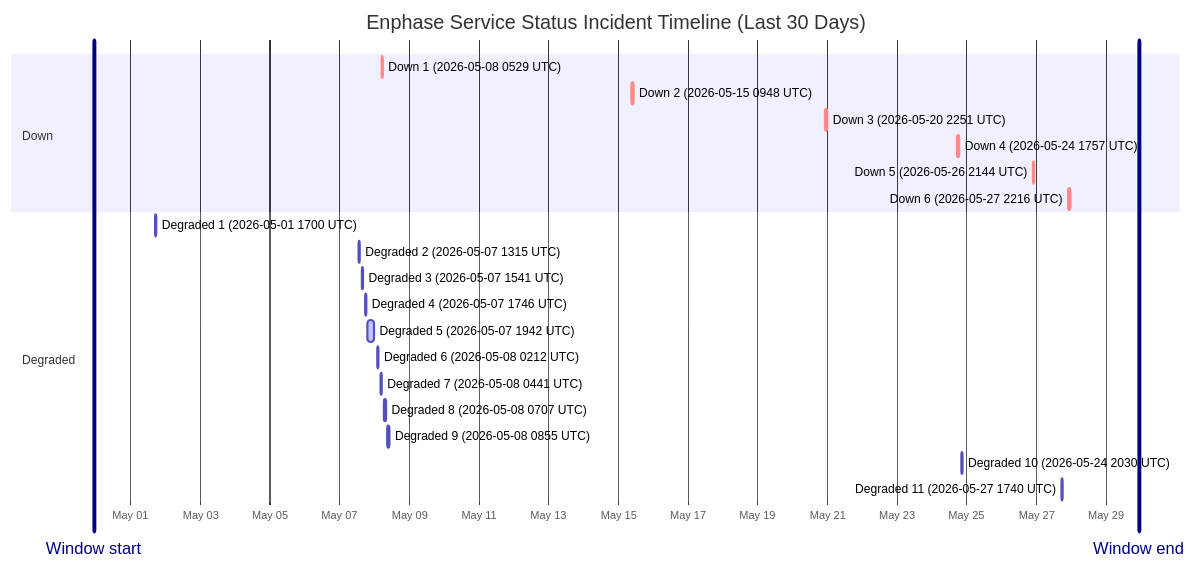
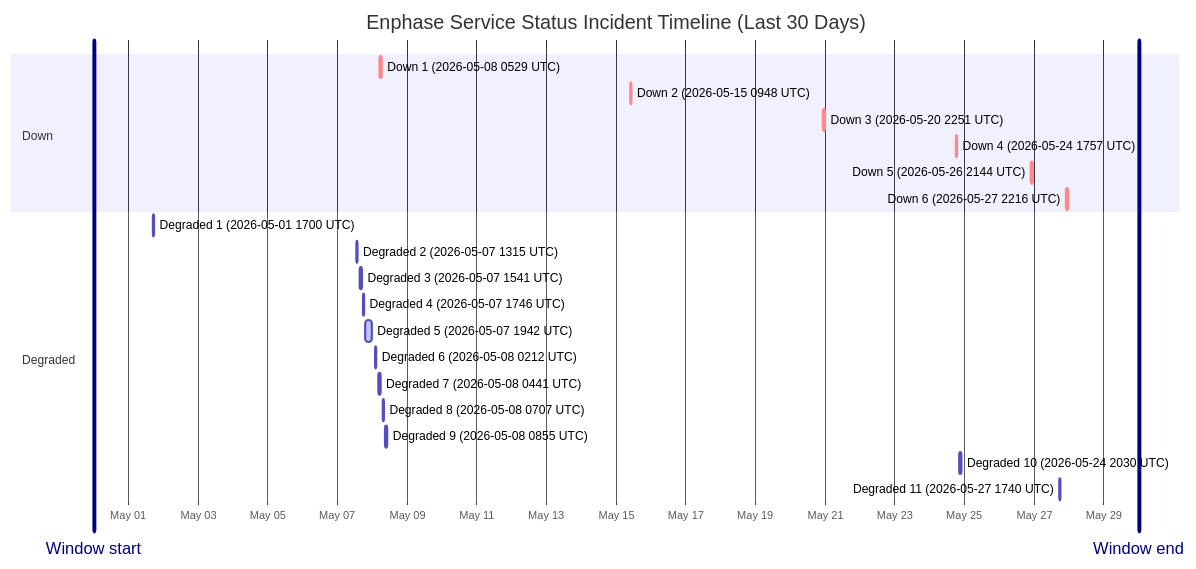
The diagram in wiki/Service-Status-History.md (barneyonline/ha-enphase-ev-charger), drawn with Mermaid before and after one commit. The commit also changed other lines of this file and 3 other files, not shown here.

````diff
--- a/wiki/Service-Status-History.md
+++ b/wiki/Service-Status-History.md
@@ -14,27 +14,27 @@
 ```mermaid
 gantt
     title Enphase Service Status Incident Timeline (Last 30 Days)
     dateFormat  YYYY-MM-DDTHH:mm:ss
     axisFormat  %b %d
-    Window start :vert, window-start, 2026-04-29T22:50:13, 0ms
-    Window end :vert, window-end, 2026-05-29T22:50:13, 0ms
+    Window start :vert, window-start, 2026-04-30T00:08:52, 0ms
+    Window end :vert, window-end, 2026-05-30T00:08:52, 0ms
     section Down
     Down 1 (2026-05-08 0529 UTC) :crit, down-1, 2026-05-08T05:29:47, 60m
     Down 2 (2026-05-15 0948 UTC) :crit, down-2, 2026-05-15T09:48:18, 60m
     Down 3 (2026-05-20 2251 UTC) :crit, down-3, 2026-05-20T22:51:14, 75m
     Down 4 (2026-05-24 1757 UTC) :crit, down-4, 2026-05-24T17:57:41, 86m
     Down 5 (2026-05-26 2144 UTC) :crit, down-5, 2026-05-26T21:44:11, 85m
     Down 6 (2026-05-27 2216 UTC) :crit, down-6, 2026-05-27T22:16:53, 87m
     section Degraded
     Degraded 1 (2026-05-01 1700 UTC) :active, degraded-1, 2026-05-01T17:00:22, 60m
     Degraded 2 (2026-05-07 1315 UTC) :active, degraded-2, 2026-05-07T13:15:25, 60m
     Degraded 3 (2026-05-07 1541 UTC) :active, degraded-3, 2026-05-07T15:41:58, 60m
     Degraded 4 (2026-05-07 1746 UTC) :active, degraded-4, 2026-05-07T17:46:51, 60m
     Degraded 5 (2026-05-07 1942 UTC) :active, degraded-5, 2026-05-07T19:42:10, 249m
     Degraded 6 (2026-05-08 0212 UTC) :active, degraded-6, 2026-05-08T02:12:39, 60m
     Degraded 7 (2026-05-08 0441 UTC) :active, degraded-7, 2026-05-08T04:41:46, 60m
     Degraded 8 (2026-05-08 0707 UTC) :active, degraded-8, 2026-05-08T07:07:30, 60m
     Degraded 9 (2026-05-08 0855 UTC) :active, degraded-9, 2026-05-08T08:55:20, 88m
     Degraded 10 (2026-05-24 2030 UTC) :active, degraded-10, 2026-05-24T20:30:57, 84m
     Degraded 11 (2026-05-27 1740 UTC) :active, degraded-11, 2026-05-27T17:40:52, 60m
 ```
````
